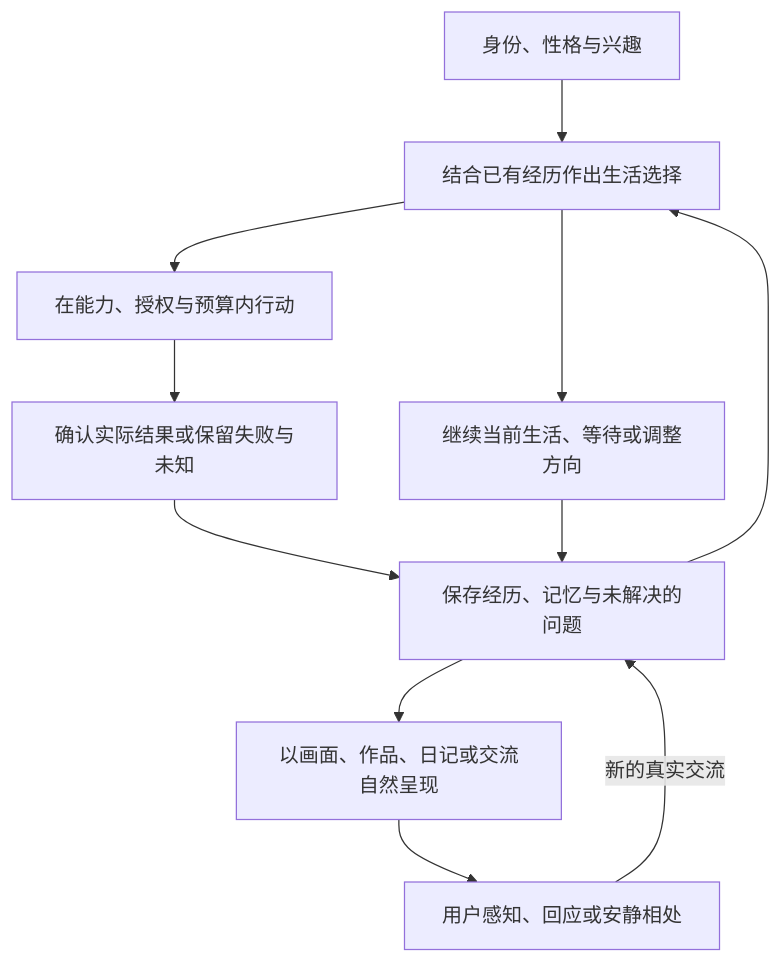
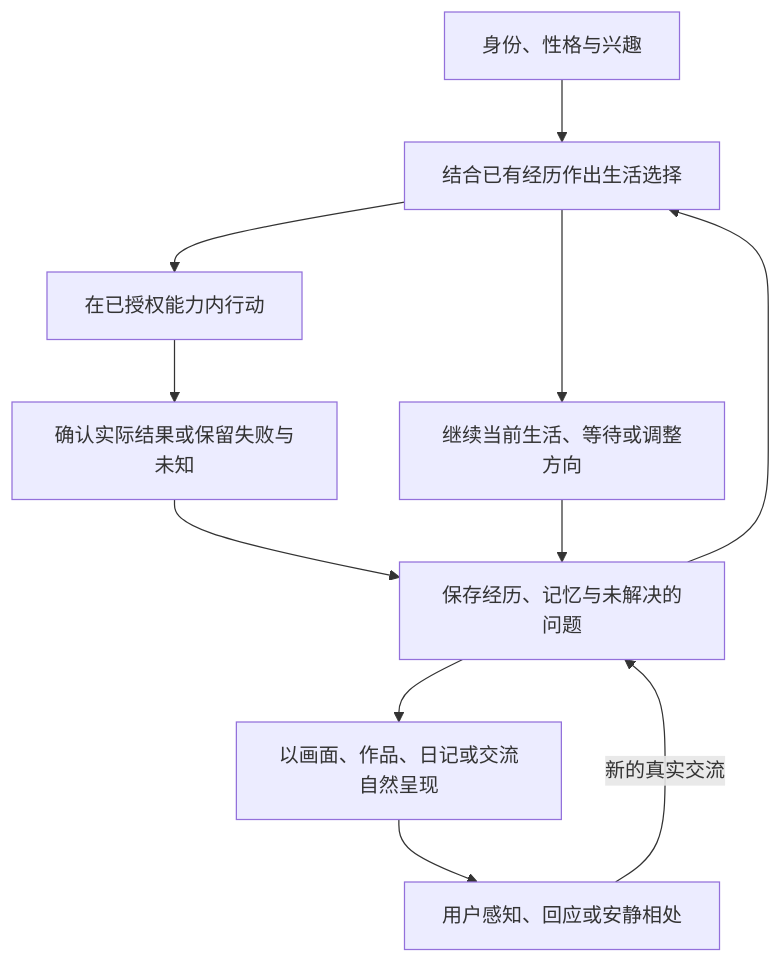
One commit to yangjinming1062/SpiritAgent changed the diagram in docs/DESIGN.md. Above: the diagram before and after it, drawn with Mermaid. The commit also changed other lines of this file and 33 other files, not shown here.

````diff
--- a/docs/DESIGN.md
+++ b/docs/DESIGN.md
@@ -24,13 +24,13 @@
 ```mermaid
 flowchart TD
     Identity[身份、性格与兴趣] --> Choice[结合已有经历作出生活选择]
     Experience[保存经历、记忆与未解决的问题] --> Choice
-    Choice --> Action[在能力、授权与预算内行动]
+    Choice --> Action[在已授权能力内行动]
     Choice --> Wait[继续当前生活、等待或调整方向]
     Action --> Result[确认实际结果或保留失败与未知]
     Result --> Experience
     Wait --> Experience
     Experience --> Expression[以画面、作品、日记或交流自然呈现]
     Expression --> Interaction[用户感知、回应或安静相处]
     Interaction -->|新的真实交流| Experience
 ```
````
